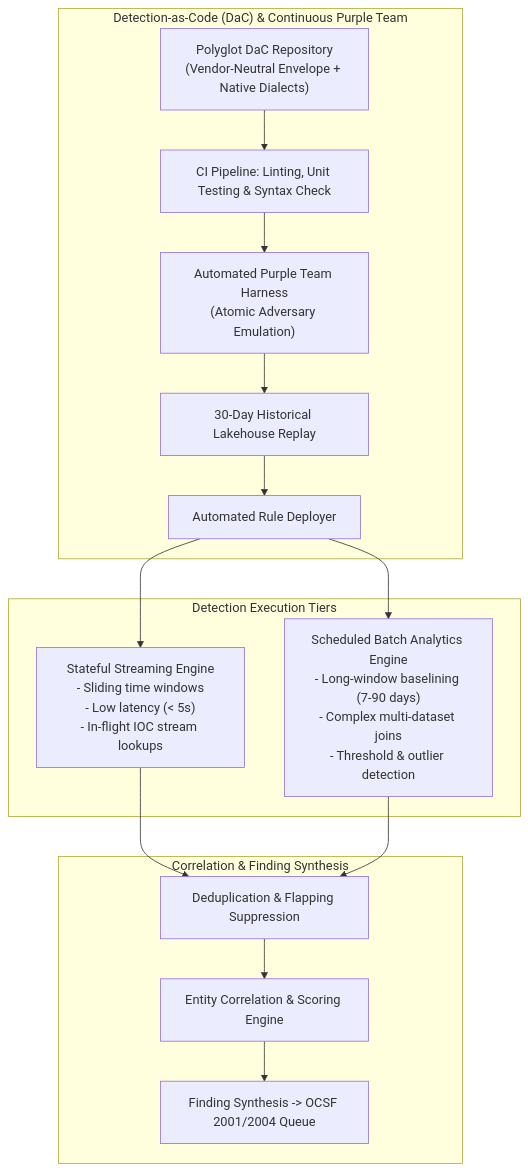
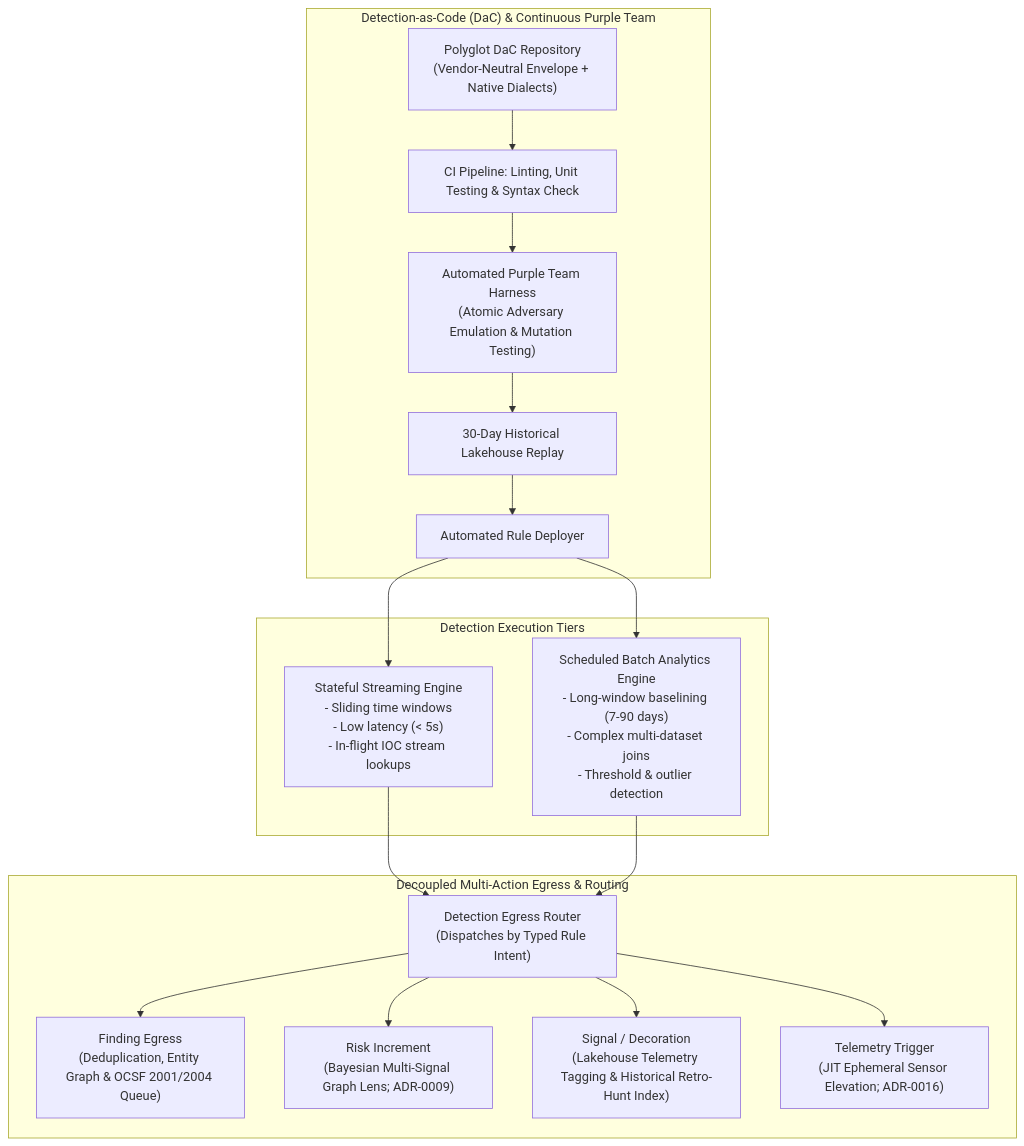
The diagram in docs/architecture/components/03-detection-engine.md (Haribu/TIDIR), drawn with Mermaid before and after one commit. The commit also changed other lines of this file and 7 other files, not shown here.

Commit message:
feat(detection): codify threat-led technique frequency, mutation resilience, and decoupled egress

````diff
--- a/docs/architecture/components/03-detection-engine.md
+++ b/docs/architecture/components/03-detection-engine.md
@@ -10,33 +10,37 @@
 ```mermaid
 flowchart TB
   subgraph DaCPipeline ["Detection-as-Code (DaC) & Continuous Purple Team"]
     GIT["Polyglot DaC Repository\n(Vendor-Neutral Envelope + Native Dialects)"]
     CI["CI Pipeline: Linting, Unit Testing & Syntax Check"]
-    PURPLE["Automated Purple Team Harness\n(Atomic Adversary Emulation)"]
+    PURPLE["Automated Purple Team Harness\n(Atomic Adversary Emulation & Mutation Testing)"]
     BACKTEST["30-Day Historical Lakehouse Replay"]
     DEPLOY["Automated Rule Deployer"]
   end
 
   subgraph EngineTiers ["Detection Execution Tiers"]
     STREAM_RULES["Stateful Streaming Engine\n- Sliding time windows\n- Low latency (< 5s)\n- In-flight IOC stream lookups"]
     BATCH_RULES["Scheduled Batch Analytics Engine\n- Long-window baselining (7-90 days)\n- Complex multi-dataset joins\n- Threshold & outlier detection"]
   end
 
-  subgraph AlertPipeline ["Correlation & Finding Synthesis"]
-    DEDUP["Deduplication & Flapping Suppression"]
-    CORR["Entity Correlation & Scoring Engine"]
-    INCIDENT["Finding Synthesis -> OCSF 2001/2004 Queue"]
+  subgraph DetectionEgress ["Decoupled Multi-Action Egress & Routing"]
+    ROUTER["Detection Egress Router\n(Dispatches by Typed Rule Intent)"]
+    FINDING["Finding Egress\n(Deduplication, Entity Graph & OCSF 2001/2004 Queue)"]
+    RISK["Risk Increment\n(Bayesian Multi-Signal Graph Lens; ADR-0009)"]
+    SIGNAL["Signal / Decoration\n(Lakehouse Telemetry Tagging & Historical Retro-Hunt Index)"]
+    ELEVATE["Telemetry Trigger\n(JIT Ephemeral Sensor Elevation; ADR-0016)"]
   end
 
   GIT --> CI
   CI --> PURPLE
   PURPLE --> BACKTEST
   BACKTEST --> DEPLOY
   DEPLOY --> STREAM_RULES
   DEPLOY --> BATCH_RULES
 
-  STREAM_RULES --> DEDUP
-  BATCH_RULES --> DEDUP
-  DEDUP --> CORR
-  CORR --> INCIDENT
+  STREAM_RULES --> ROUTER
+  BATCH_RULES --> ROUTER
+  ROUTER --> FINDING
+  ROUTER --> RISK
+  ROUTER --> SIGNAL
+  ROUTER --> ELEVATE
 ```
````
